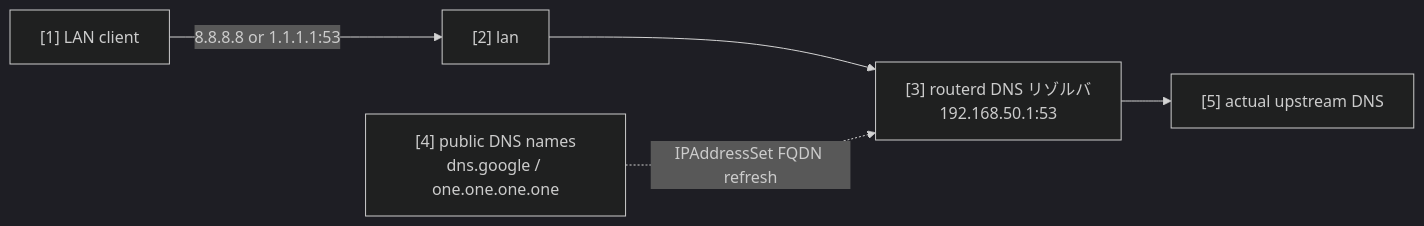
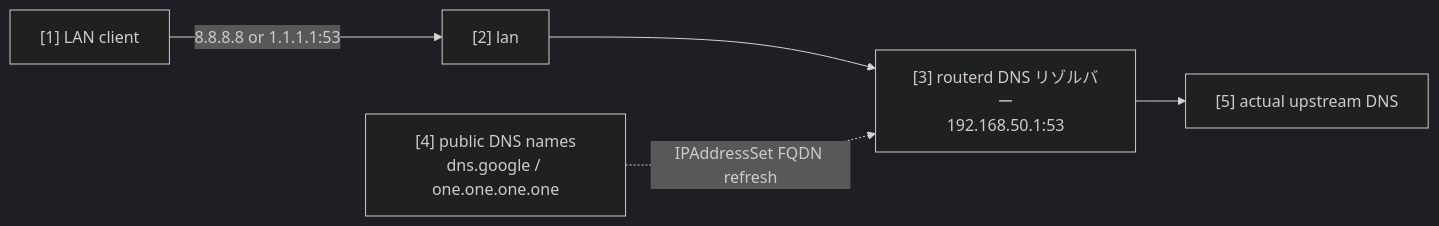
One commit to imksoo/routerd changed the diagram in website/i18n/ja/docusaurus-plugin-content-docs/current/config-examples/local-dns-redirect.md. Above: the diagram before and after it, drawn with Mermaid (dark theme). The commit also changed other lines of this file and 50 other files, not shown here.

````diff
--- a/website/i18n/ja/docusaurus-plugin-content-docs/current/config-examples/local-dns-redirect.md
+++ b/website/i18n/ja/docusaurus-plugin-content-docs/current/config-examples/local-dns-redirect.md
@@ -18,12 +18,12 @@
 ```mermaid
 flowchart LR
   client["[1] LAN client"]
   lan["[2] lan"]
-  router["[3] routerd DNS リゾルバ<br/>192.168.50.1:53"]
+  router["[3] routerd DNS リゾルバー<br/>192.168.50.1:53"]
   public["[4] public DNS names<br/>dns.google / one.one.one.one"]
   upstream["[5] actual upstream DNS"]
 
   client -- "8.8.8.8 or 1.1.1.1:53" --> lan --> router
   router --> upstream
   public -. "IPAddressSet FQDN refresh" .-> router
 ```
````
